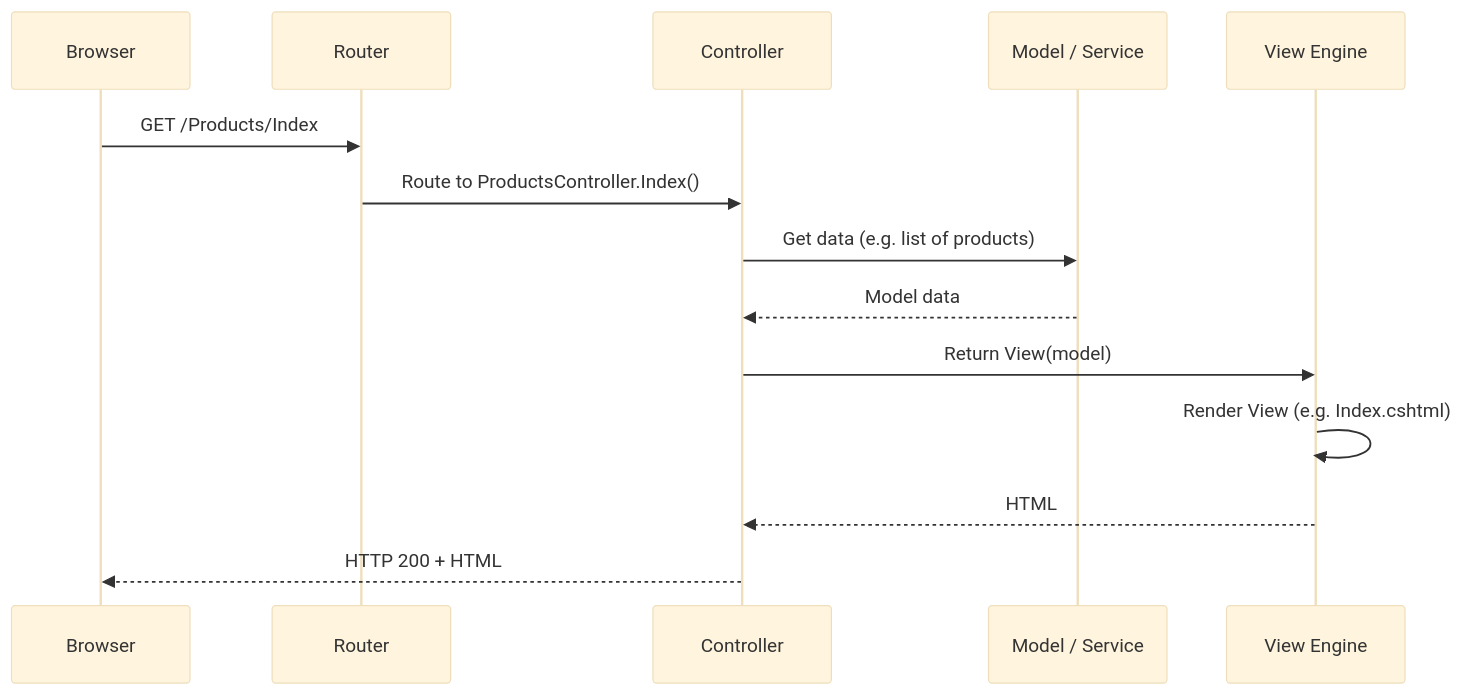
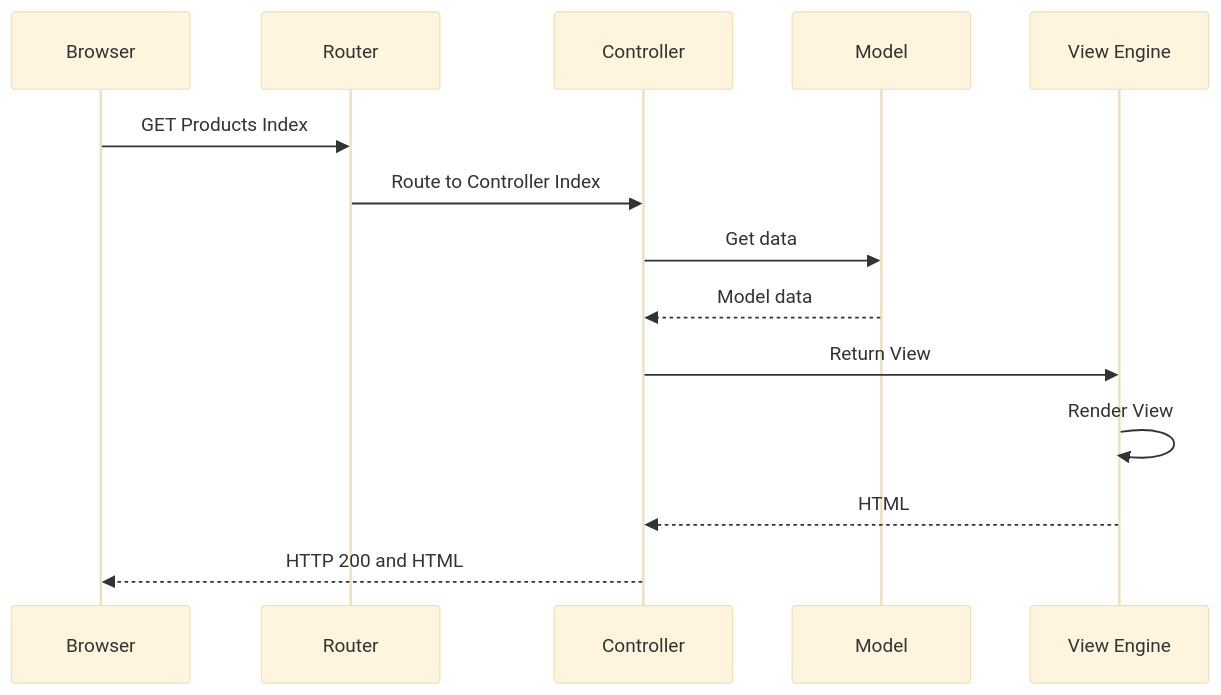
Diagram 17 of 19 in ASP.NET-Core-Network-HTTP-Guide.md (sridharpolepalli/dotnet-learn), drawn with Mermaid (base theme) before and after one commit. The commit also changed other lines of this file and 1 other file, not shown here.

Commit message:
fixing the mermaid issues

````diff
--- a/ASP.NET-Core-Network-HTTP-Guide.md
+++ b/ASP.NET-Core-Network-HTTP-Guide.md
@@ -891,17 +891,17 @@
 ```mermaid
 sequenceDiagram
     participant B as Browser
     participant R as Router
     participant C as Controller
-    participant M as Model / Service
+    participant M as Model
     participant V as View Engine
 
-    B->>R: GET /Products/Index
-    R->>C: Route to ProductsController.Index()
-    C->>M: Get data (e.g. list of products)
+    B->>R: GET Products Index
+    R->>C: Route to Controller Index
+    C->>M: Get data
     M-->>C: Model data
-    C->>V: Return View(model)
-    V->>V: Render View (e.g. Index.cshtml)
+    C->>V: Return View
+    V->>V: Render View
     V-->>C: HTML
-    C-->>B: HTTP 200 + HTML
+    C-->>B: HTTP 200 and HTML
 ```
````
